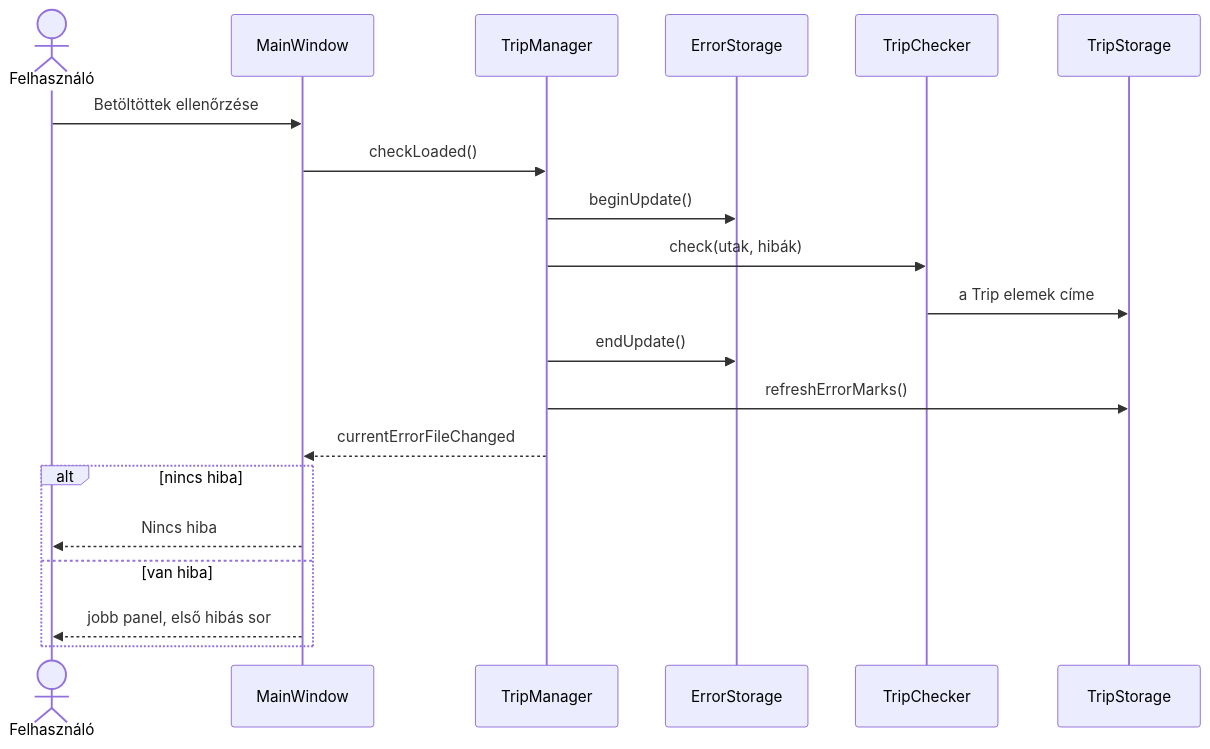
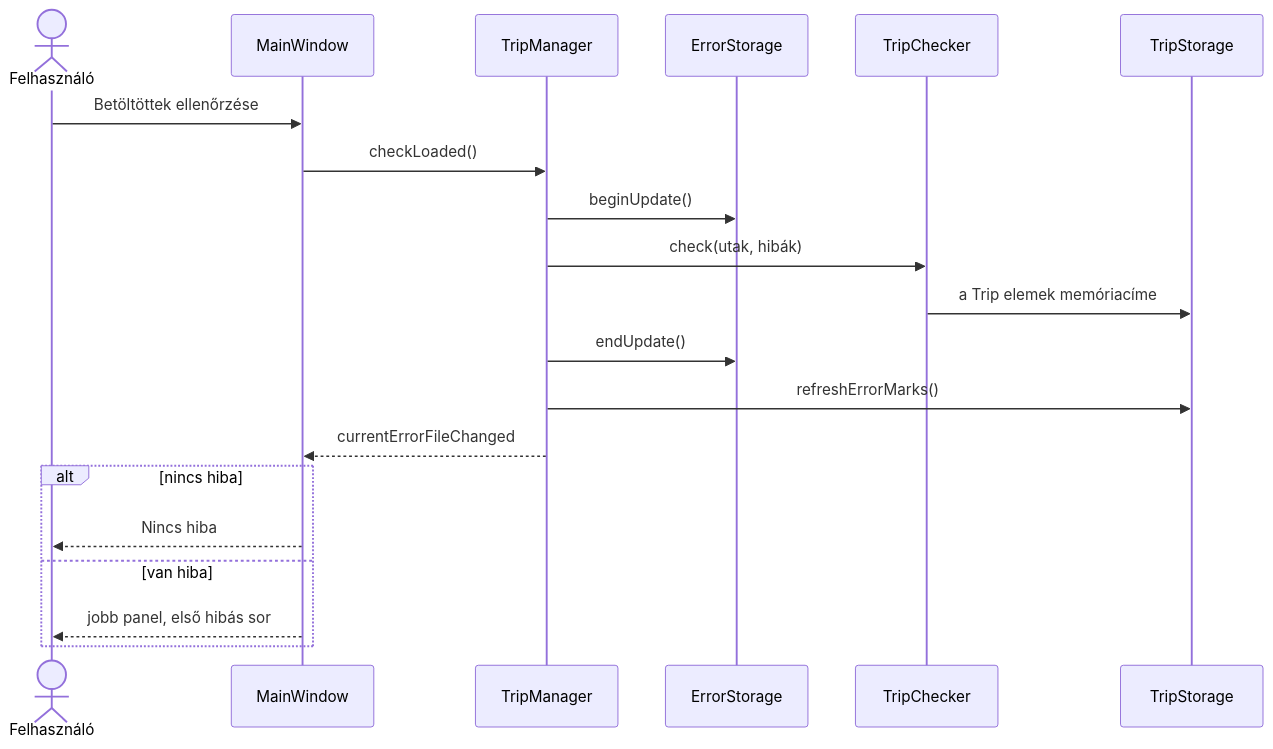
The fourth of 8 diagrams in DEVELOP.md (vajdaakos/KikuldetesiRendelvenyEllenorzo), drawn with Mermaid before and after one commit. The commit also changed other lines of this file and 2 other files, not shown here.

````diff
--- a/DEVELOP.md
+++ b/DEVELOP.md
@@ -220,23 +220,23 @@
 ```mermaid
 sequenceDiagram
     actor Felhasználó
     participant Ablak as MainWindow
     participant Manager as TripManager
     participant Hibák as ErrorStorage
     participant Ellenőrző as TripChecker
     participant Utak as TripStorage
 
     Felhasználó->>Ablak: Betöltöttek ellenőrzése
     Ablak->>Manager: checkLoaded()
     Manager->>Hibák: beginUpdate()
     Manager->>Ellenőrző: check(utak, hibák)
-    Ellenőrző->>Utak: a Trip elemek címe
+    Ellenőrző->>Utak: a Trip elemek memóriacíme
     Manager->>Hibák: endUpdate()
     Manager->>Utak: refreshErrorMarks()
     Manager-->>Ablak: currentErrorFileChanged
     alt nincs hiba
         Ablak-->>Felhasználó: Nincs hiba
     else van hiba
         Ablak-->>Felhasználó: jobb panel, első hibás sor
     end
 ```
````
